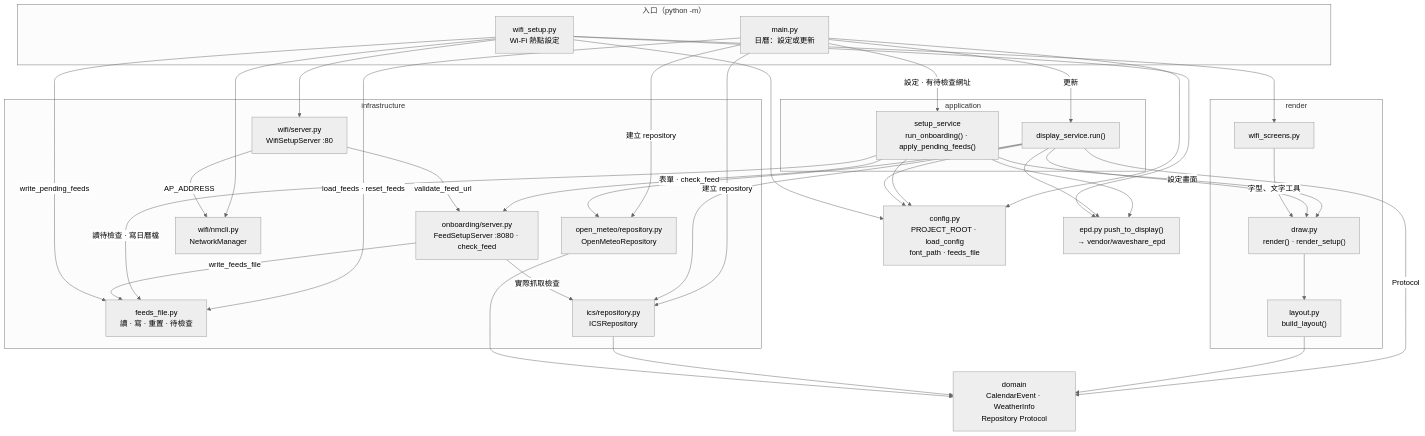
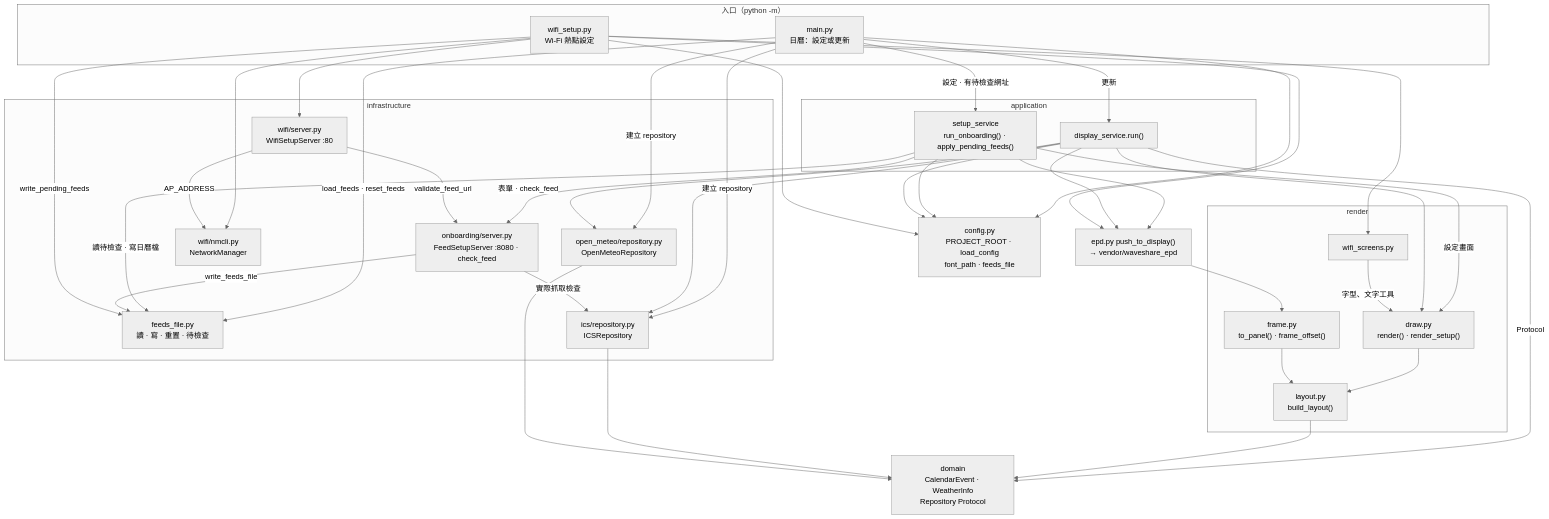
Before and after one commit to ShengKai234/google-calendar-api: the first of 6 diagrams in docs/ARCHITECTURE.zh-TW.md, drawn with Mermaid (neutral theme). The commit also changed 19 other files, not shown here.

````diff
--- a/docs/ARCHITECTURE.zh-TW.md
+++ b/docs/ARCHITECTURE.zh-TW.md
@@ -13,60 +13,63 @@
 ```mermaid
 flowchart TB
   subgraph ENTRY["入口（python -m）"]
     MAIN["main.py<br/>日曆：設定或更新"]
     WIFI["wifi_setup.py<br/>Wi-Fi 熱點設定"]
   end
   CFG["config.py<br/>PROJECT_ROOT · load_config<br/>font_path · feeds_file"]
   subgraph APP["application"]
     DS["display_service.run()"]
     SS["setup_service<br/>run_onboarding() · apply_pending_feeds()"]
   end
   subgraph INFRA["infrastructure"]
     FF["feeds_file.py<br/>讀 · 寫 · 重置 · 待檢查"]
     ICS["ics/repository.py<br/>ICSRepository"]
     OM["open_meteo/repository.py<br/>OpenMeteoRepository"]
     ONB["onboarding/server.py<br/>FeedSetupServer :8080 · check_feed"]
     NM["wifi/nmcli.py<br/>NetworkManager"]
     WS["wifi/server.py<br/>WifiSetupServer :80"]
   end
   subgraph RENDER["render"]
     DRAW["draw.py<br/>render() · render_setup()"]
     LAYOUT["layout.py<br/>build_layout()"]
     WSCR["wifi_screens.py"]
+    FRAME["frame.py<br/>to_panel() · frame_offset()"]
   end
   DOM["domain<br/>CalendarEvent · WeatherInfo<br/>Repository Protocol"]
   EPD["epd.py push_to_display()<br/>→ vendor/waveshare_epd"]
 
   MAIN --> CFG
   MAIN -->|"load_feeds · reset_feeds"| FF
   MAIN -->|"建立 repository"| ICS
   MAIN -->|"建立 repository"| OM
   MAIN -->|"設定 · 有待檢查網址"| SS
   MAIN -->|"更新"| DS
   SS --> CFG
   SS -->|"表單 · check_feed"| ONB
   SS -->|"讀待檢查 · 寫日曆檔"| FF
   SS -->|"設定畫面"| DRAW
   SS --> EPD
   DS --> CFG
   DS -->|"Protocol"| DOM
   DS --> ICS
   DS --> OM
   DS --> DRAW
   DS --> EPD
   ONB -->|"write_feeds_file"| FF
   ONB -->|"實際抓取檢查"| ICS
   WIFI --> CFG
   WIFI --> NM
   WIFI --> WS
   WIFI --> WSCR
   WIFI --> EPD
   WIFI -->|"write_pending_feeds"| FF
   WS -->|"AP_ADDRESS"| NM
   WS -->|"validate_feed_url"| ONB
   WSCR -->|"字型、文字工具"| DRAW
   DRAW --> LAYOUT
+  EPD --> FRAME
+  FRAME --> LAYOUT
   LAYOUT --> DOM
   ICS --> DOM
   OM --> DOM
 ```
````
